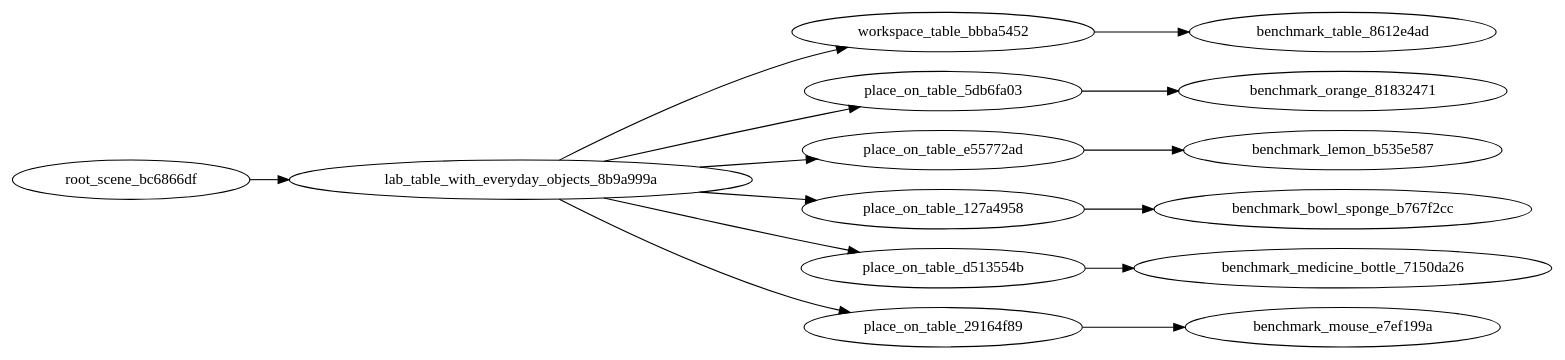
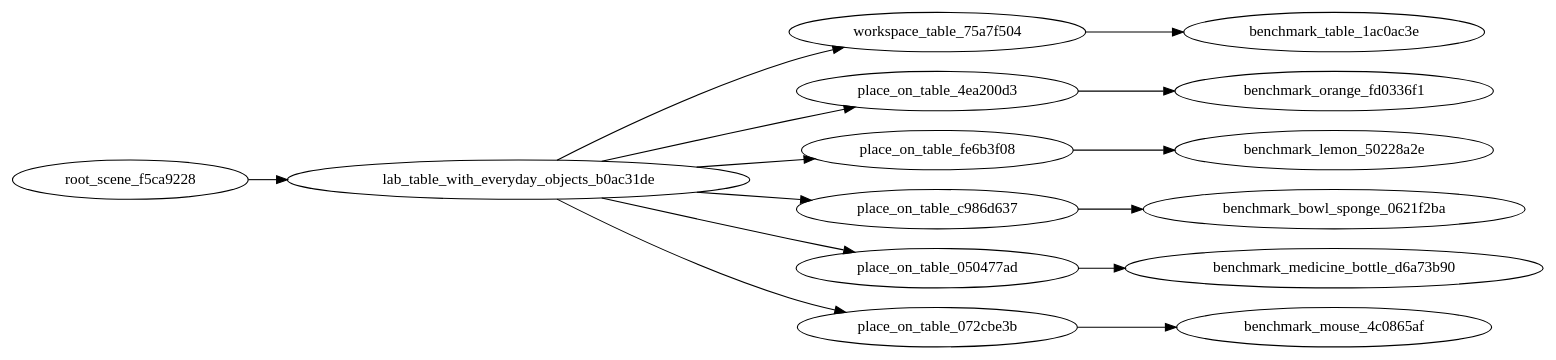
The diagram in sensors/autolearn/adapter/tasks/place_object_relative_position_lab/instances/3/graph.dot (cnboonhan/data-flywheel), drawn with Graphviz before and after one commit. The commit also changed 87 other files, not shown here.

```diff
--- a/sensors/autolearn/adapter/tasks/place_object_relative_position_lab/instances/3/graph.dot
+++ b/sensors/autolearn/adapter/tasks/place_object_relative_position_lab/instances/3/graph.dot
@@ -1,30 +1,30 @@
 strict digraph  {
 	graph [rankdir="LR"];
-	"root_scene_bc6866df";
-	"lab_table_with_everyday_objects_8b9a999a";
-	"workspace_table_bbba5452";
-	"benchmark_table_8612e4ad" [tags="['workspace_table', 'table', 'white', 'marble_top']"];
-	"place_on_table_5db6fa03";
-	"benchmark_orange_81832471" [tags="['orange', 'benchmark_orange_004', 'on_desk', 'right']"];
-	"place_on_table_e55772ad";
-	"benchmark_lemon_b535e587" [tags="['lemon', 'benchmark_lemon_030', 'on_desk', 'left']"];
-	"place_on_table_127a4958";
-	"benchmark_bowl_sponge_b767f2cc" [tags="['sponge', 'benchmark_bowl_sponge_000', 'on_desk', 'left']"];
-	"place_on_table_d513554b";
-	"benchmark_medicine_bottle_7150da26" [tags="['medicine bottle', 'benchmark_medicine_bottle_000', 'on_desk', 'right']"];
-	"place_on_table_29164f89";
-	"benchmark_mouse_e7ef199a" [tags="['computer mouse', 'benchmark_mouse_000', 'on_desk', 'right']"];
-	"root_scene_bc6866df" -> "lab_table_with_everyday_objects_8b9a999a";
-	"lab_table_with_everyday_objects_8b9a999a" -> "workspace_table_bbba5452";
-	"lab_table_with_everyday_objects_8b9a999a" -> "place_on_table_5db6fa03";
-	"lab_table_with_everyday_objects_8b9a999a" -> "place_on_table_e55772ad";
-	"lab_table_with_everyday_objects_8b9a999a" -> "place_on_table_127a4958";
-	"lab_table_with_everyday_objects_8b9a999a" -> "place_on_table_d513554b";
-	"lab_table_with_everyday_objects_8b9a999a" -> "place_on_table_29164f89";
-	"workspace_table_bbba5452" -> "benchmark_table_8612e4ad";
-	"place_on_table_5db6fa03" -> "benchmark_orange_81832471";
-	"place_on_table_e55772ad" -> "benchmark_lemon_b535e587";
-	"place_on_table_127a4958" -> "benchmark_bowl_sponge_b767f2cc";
-	"place_on_table_d513554b" -> "benchmark_medicine_bottle_7150da26";
-	"place_on_table_29164f89" -> "benchmark_mouse_e7ef199a";
+	"root_scene_f5ca9228";
+	"lab_table_with_everyday_objects_b0ac31de";
+	"workspace_table_75a7f504";
+	"benchmark_table_1ac0ac3e" [tags="['workspace_table', 'table', 'white', 'marble_top']"];
+	"place_on_table_4ea200d3";
+	"benchmark_orange_fd0336f1" [tags="['orange', 'benchmark_orange_004', 'on_desk', 'right']"];
+	"place_on_table_fe6b3f08";
+	"benchmark_lemon_50228a2e" [tags="['lemon', 'benchmark_lemon_030', 'on_desk', 'left']"];
+	"place_on_table_c986d637";
+	"benchmark_bowl_sponge_0621f2ba" [tags="['sponge', 'benchmark_bowl_sponge_000', 'on_desk', 'left']"];
+	"place_on_table_050477ad";
+	"benchmark_medicine_bottle_d6a73b90" [tags="['medicine bottle', 'benchmark_medicine_bottle_000', 'on_desk', 'right']"];
+	"place_on_table_072cbe3b";
+	"benchmark_mouse_4c0865af" [tags="['computer mouse', 'benchmark_mouse_000', 'on_desk', 'right']"];
+	"root_scene_f5ca9228" -> "lab_table_with_everyday_objects_b0ac31de";
+	"lab_table_with_everyday_objects_b0ac31de" -> "workspace_table_75a7f504";
+	"lab_table_with_everyday_objects_b0ac31de" -> "place_on_table_4ea200d3";
+	"lab_table_with_everyday_objects_b0ac31de" -> "place_on_table_fe6b3f08";
+	"lab_table_with_everyday_objects_b0ac31de" -> "place_on_table_c986d637";
+	"lab_table_with_everyday_objects_b0ac31de" -> "place_on_table_050477ad";
+	"lab_table_with_everyday_objects_b0ac31de" -> "place_on_table_072cbe3b";
+	"workspace_table_75a7f504" -> "benchmark_table_1ac0ac3e";
+	"place_on_table_4ea200d3" -> "benchmark_orange_fd0336f1";
+	"place_on_table_fe6b3f08" -> "benchmark_lemon_50228a2e";
+	"place_on_table_c986d637" -> "benchmark_bowl_sponge_0621f2ba";
+	"place_on_table_050477ad" -> "benchmark_medicine_bottle_d6a73b90";
+	"place_on_table_072cbe3b" -> "benchmark_mouse_4c0865af";
 }
```
